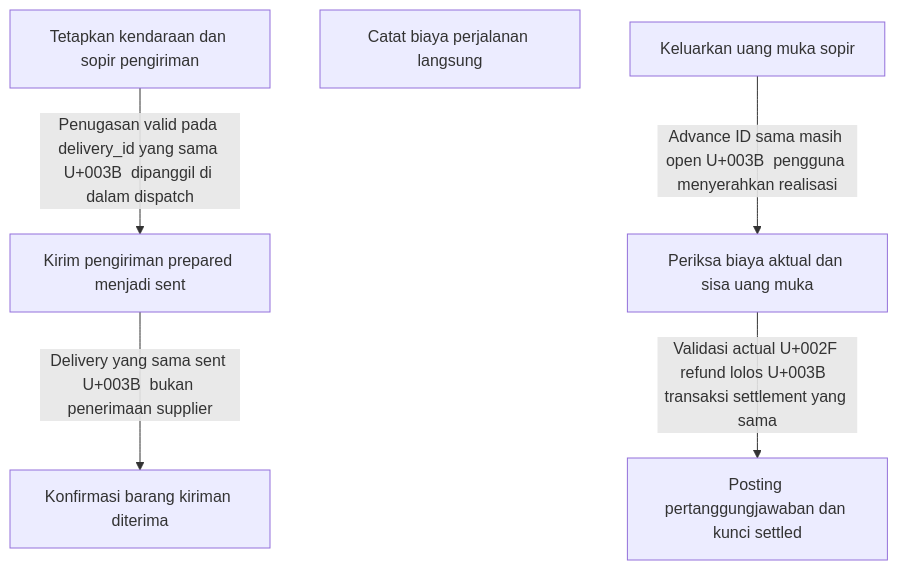
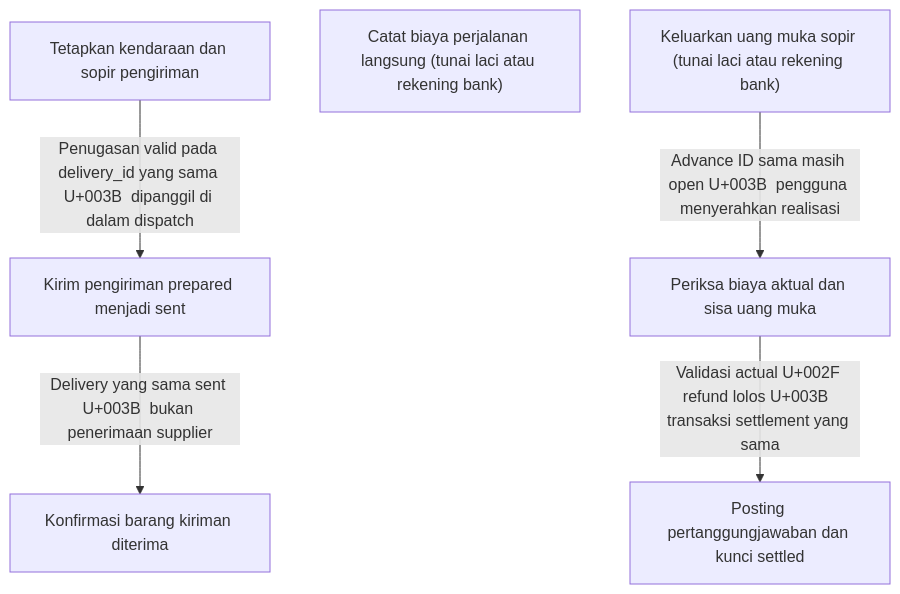
One commit to Bagas10k/kasir-bangunan changed the diagram in docx/modul/04-pengiriman-perjalanan.md. Above: the diagram before and after it, drawn with Mermaid. The commit also changed other lines of this file and 52 other files, not shown here.

````diff
--- a/docx/modul/04-pengiriman-perjalanan.md
+++ b/docx/modul/04-pengiriman-perjalanan.md
@@ -5,14 +5,14 @@
 ```mermaid
 flowchart TD
     n_PG1["Tetapkan kendaraan dan sopir pengiriman"]
     n_PG2["Kirim pengiriman prepared menjadi sent"]
     n_PG3["Konfirmasi barang kiriman diterima"]
-    n_PG4["Catat biaya perjalanan langsung"]
-    n_PG5["Keluarkan uang muka sopir"]
+    n_PG4["Catat biaya perjalanan langsung (tunai laci atau rekening bank)"]
+    n_PG5["Keluarkan uang muka sopir (tunai laci atau rekening bank)"]
     n_PG6["Periksa biaya aktual dan sisa uang muka"]
     n_PG7["Posting pertanggungjawaban dan kunci settled"]
     n_PG1 -->|"Penugasan valid pada delivery_id yang sama U+003B  dipanggil di dalam dispatch"| n_PG2
     n_PG2 -->|"Delivery yang sama sent U+003B  bukan penerimaan supplier"| n_PG3
     n_PG5 -->|"Advance ID sama masih open U+003B  pengguna menyerahkan realisasi"| n_PG6
     n_PG6 -->|"Validasi actual U+002F refund lolos U+003B  transaksi settlement yang sama"| n_PG7
 ```
````
